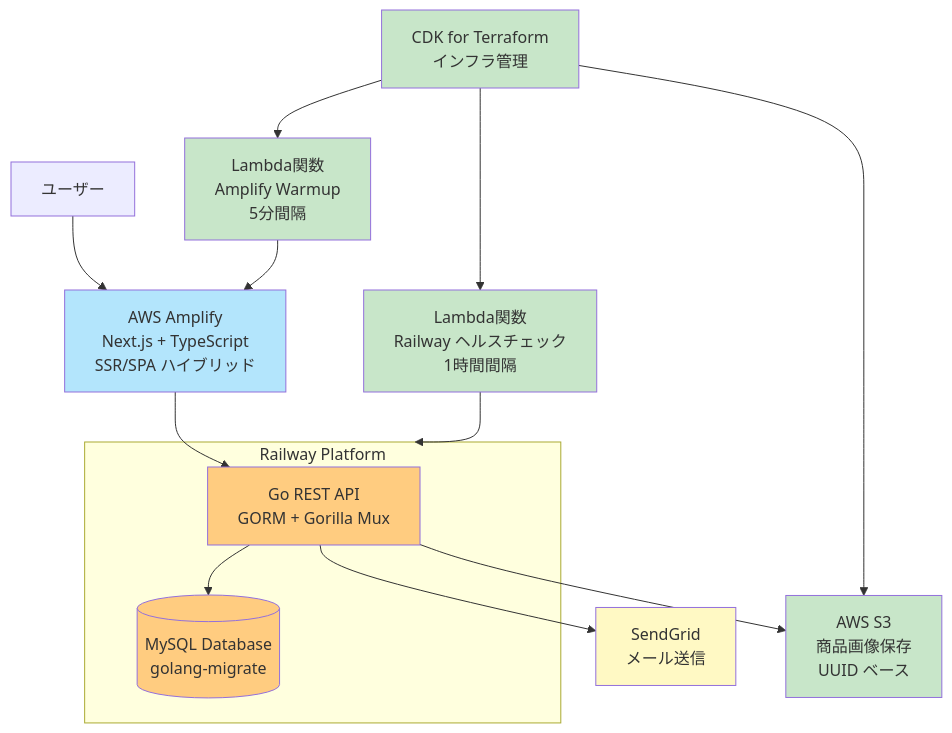
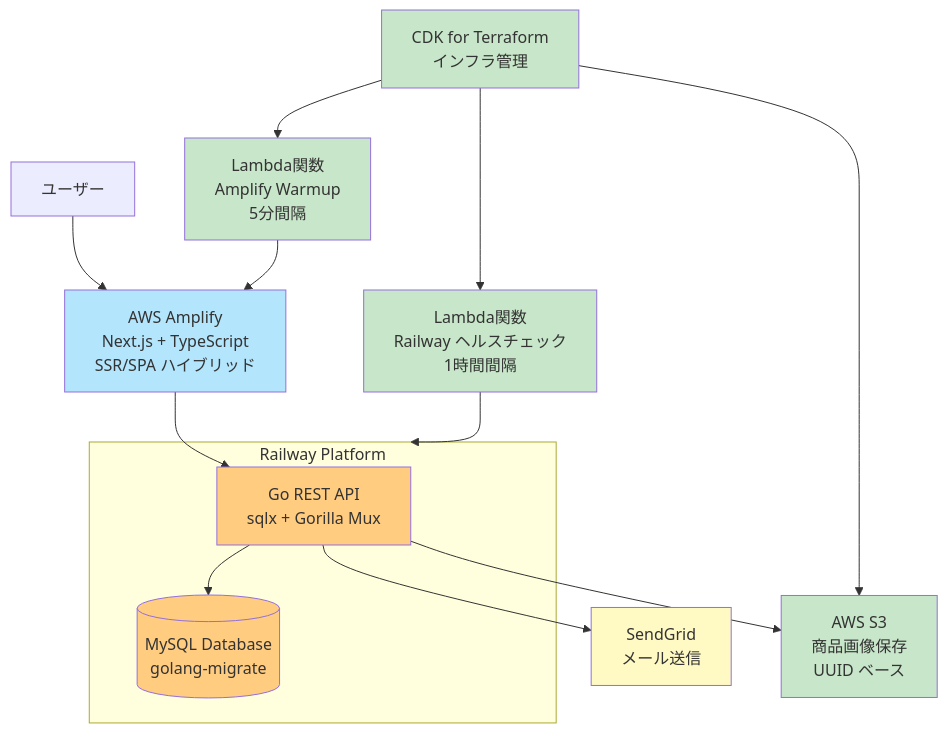
Before and after one commit to tokushun109/tku: the diagram in README.md, drawn with Mermaid. The commit also changed other lines of this file and 2 other files, not shown here.

Commit message:
#924 mdファイルの修正

````diff
--- a/README.md
+++ b/README.md
@@ -59,47 +59,47 @@
 ```mermaid
 graph TD
     %% ユーザー・外部サービス
     User[ユーザー]
     SendGrid[SendGrid<br/>メール送信]
 
     %% フロントエンド
     Amplify[AWS Amplify<br/>Next.js + TypeScript<br/>SSR/SPA ハイブリッド]
 
     %% Railway Platform
     subgraph Railway[Railway Platform]
-        API[Go REST API<br/>GORM + Gorilla Mux]
+        API[Go REST API<br/>sqlx + Gorilla Mux]
         MySQL[(MySQL Database<br/>golang-migrate)]
     end
 
     %% AWS Infrastructure
     S3[AWS S3<br/>商品画像保存<br/>UUID ベース]
     Lambda1[Lambda関数<br/>Amplify Warmup<br/>5分間隔]
     Lambda2[Lambda関数<br/>Railway ヘルスチェック<br/>1時間間隔]
 
     %% CDK for Terraform
     CDK[CDK for Terraform<br/>インフラ管理]
 
     %% 接続関係
     User --> Amplify
     Amplify --> API
     API --> MySQL
     API --> S3
     API --> SendGrid
 
     Lambda1 --> Amplify
     Lambda2 --> Railway
     CDK --> Lambda1
     CDK --> Lambda2
     CDK --> S3
 
     %% スタイル
     classDef frontend fill:#b3e5fc
     classDef backend fill:#ffcc80
     classDef infra fill:#c8e6c9
     classDef external fill:#fff9c4
 
     class Amplify frontend
     class API,MySQL backend
     class S3,Lambda1,Lambda2,CDK infra
     class SendGrid external
 ```
````
